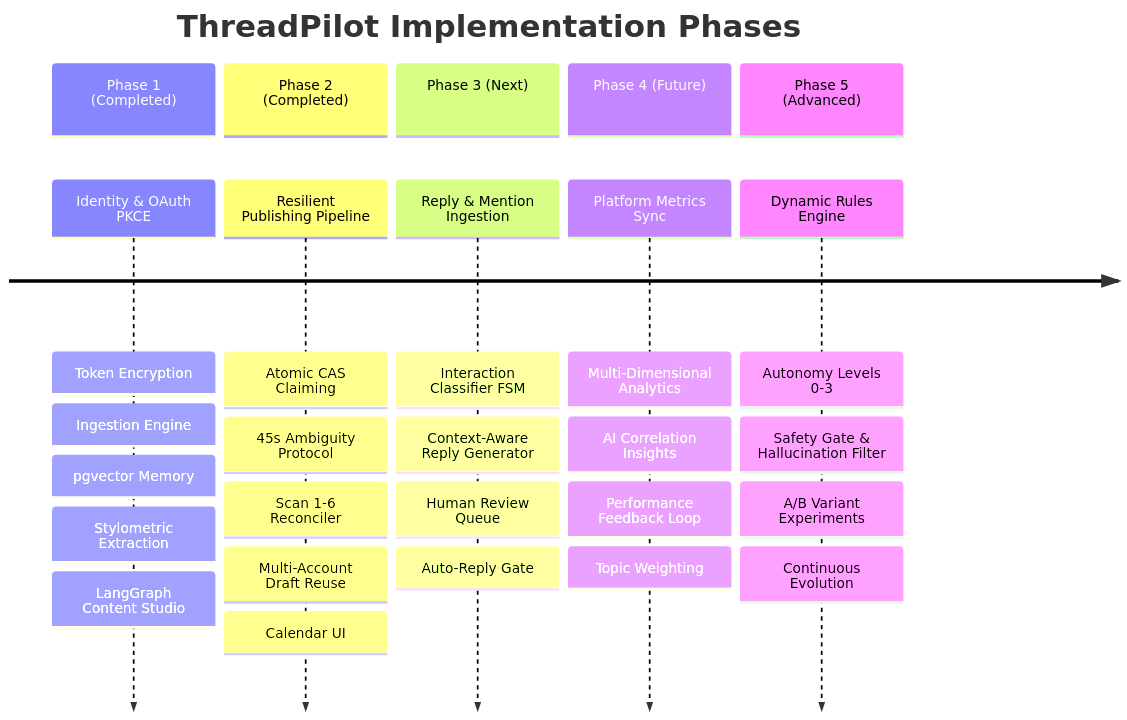
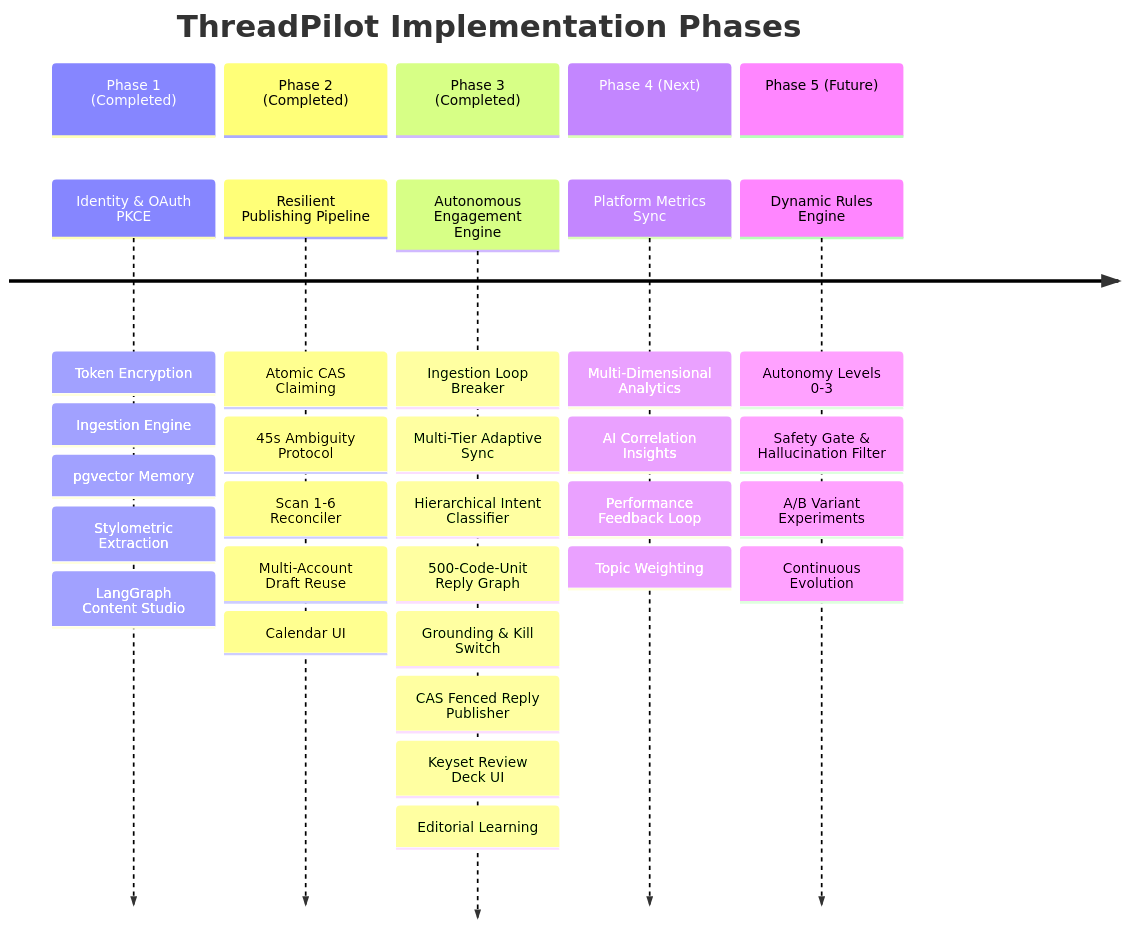
One commit to shivkantdhakre/ThreadPilot changed the second of 2 diagrams in PRD.md. Above: the diagram before and after it, drawn with Mermaid. The commit also changed other lines of this file and 3 other files, not shown here.

First line of the commit message:
docs: update PRD, FRD, README, and AUDIT_REPORT for Phase 3 autonomous engagement implementation

````diff
--- a/PRD.md
+++ b/PRD.md
@@ -160,14 +160,14 @@
 ```mermaid
 timeline
     title ThreadPilot Implementation Phases
     section Phase 1 (Completed)
         Identity & OAuth PKCE : Token Encryption : Ingestion Engine : pgvector Memory : Stylometric Extraction : LangGraph Content Studio
     section Phase 2 (Completed)
         Resilient Publishing Pipeline : Atomic CAS Claiming : 45s Ambiguity Protocol : Scan 1-6 Reconciler : Multi-Account Draft Reuse : Calendar UI
-    section Phase 3 (Next)
-        Reply & Mention Ingestion : Interaction Classifier FSM : Context-Aware Reply Generator : Human Review Queue : Auto-Reply Gate
-    section Phase 4 (Future)
+    section Phase 3 (Completed)
+        Autonomous Engagement Engine : Ingestion Loop Breaker : Multi-Tier Adaptive Sync : Hierarchical Intent Classifier : 500-Code-Unit Reply Graph : Grounding & Kill Switch : CAS Fenced Reply Publisher : Keyset Review Deck UI : Editorial Learning
+    section Phase 4 (Next)
         Platform Metrics Sync : Multi-Dimensional Analytics : AI Correlation Insights : Performance Feedback Loop : Topic Weighting
-    section Phase 5 (Advanced)
+    section Phase 5 (Future)
         Dynamic Rules Engine : Autonomy Levels 0-3 : Safety Gate & Hallucination Filter : A/B Variant Experiments : Continuous Evolution
 ```
````
